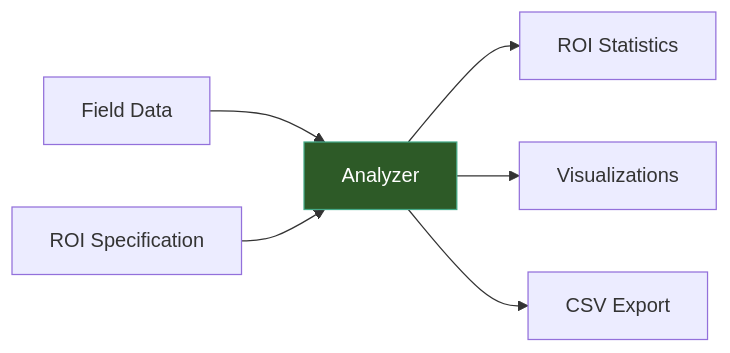
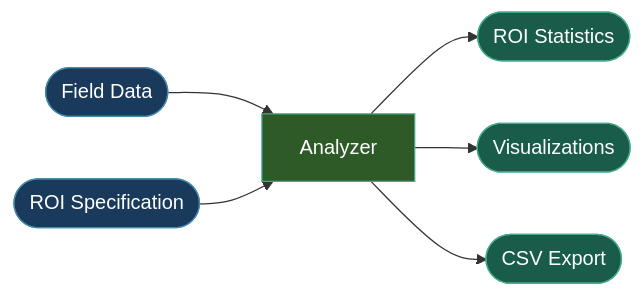
Before and after one commit to idossha/TI-Toolbox: the diagram in docs/api_mkdocs/docs/pipeline/analysis.md, drawn with Mermaid. The commit also changed 9 other files, not shown here.

First line of the commit message:
docs: standardize mermaid diagram color scheme, shapes, and I/O logic (#86)

````diff
--- a/docs/api_mkdocs/docs/pipeline/analysis.md
+++ b/docs/api_mkdocs/docs/pipeline/analysis.md
@@ -5,9 +5,14 @@
 ```mermaid
 graph LR
-    FIELD[Field Data] --> ANALYZER[Analyzer]
-    ROI[ROI Specification] --> ANALYZER
-    ANALYZER --> STATS[ROI Statistics]
-    ANALYZER --> VIZ[Visualizations]
-    ANALYZER --> CSV[CSV Export]
+    FIELD([Field Data]) --> ANALYZER[Analyzer]
+    ROI([ROI Specification]) --> ANALYZER
+    ANALYZER --> STATS([ROI Statistics])
+    ANALYZER --> VIZ([Visualizations])
+    ANALYZER --> CSV([CSV Export])
+    style FIELD fill:#1a3a5c,stroke:#48a,color:#fff
+    style ROI fill:#1a3a5c,stroke:#48a,color:#fff
     style ANALYZER fill:#2d5a27,stroke:#4a8,color:#fff
+    style STATS fill:#1a5c4a,stroke:#4a8,color:#fff
+    style VIZ fill:#1a5c4a,stroke:#4a8,color:#fff
+    style CSV fill:#1a5c4a,stroke:#4a8,color:#fff
 ```
````
